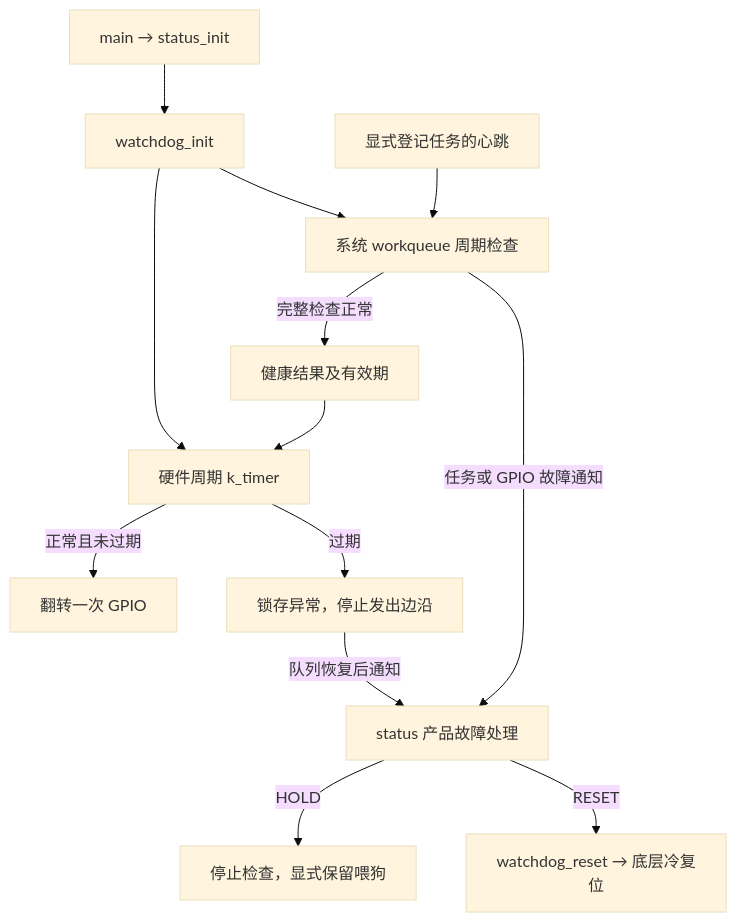
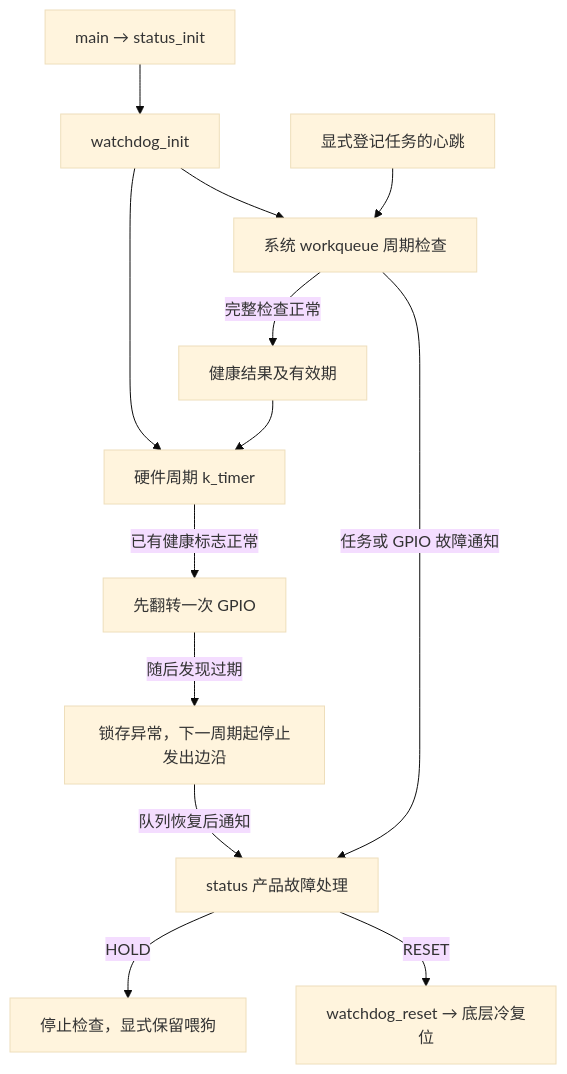
The diagram in docs/task-watchdog.md (ryaaaaaan96/IDU-pre), drawn with Mermaid (base theme) before and after one commit. The commit also changed other lines of this file and 5 other files, not shown here.

````diff
--- a/docs/task-watchdog.md
+++ b/docs/task-watchdog.md
@@ -6,15 +6,15 @@
 ```mermaid
 flowchart TD
     main[main → status_init] --> init[watchdog_init]
     init --> work[系统 workqueue 周期检查]
     init --> timer[硬件周期 k_timer]
     tasks[显式登记任务的心跳] --> work
     work -->|完整检查正常| healthy[健康结果及有效期]
     healthy --> timer
-    timer -->|正常且未过期| gpio[翻转一次 GPIO]
-    timer -->|过期| latch[锁存异常，停止发出边沿]
+    timer -->|已有健康标志正常| gpio[先翻转一次 GPIO]
+    gpio -->|随后发现过期| latch[锁存异常，下一周期起停止发出边沿]
     latch -->|队列恢复后通知| status[status 产品故障处理]
     work -->|任务或 GPIO 故障通知| status
     status -->|HOLD| hold[停止检查，显式保留喂狗]
     status -->|RESET| reset[watchdog_reset → 底层冷复位]
 ```
````
